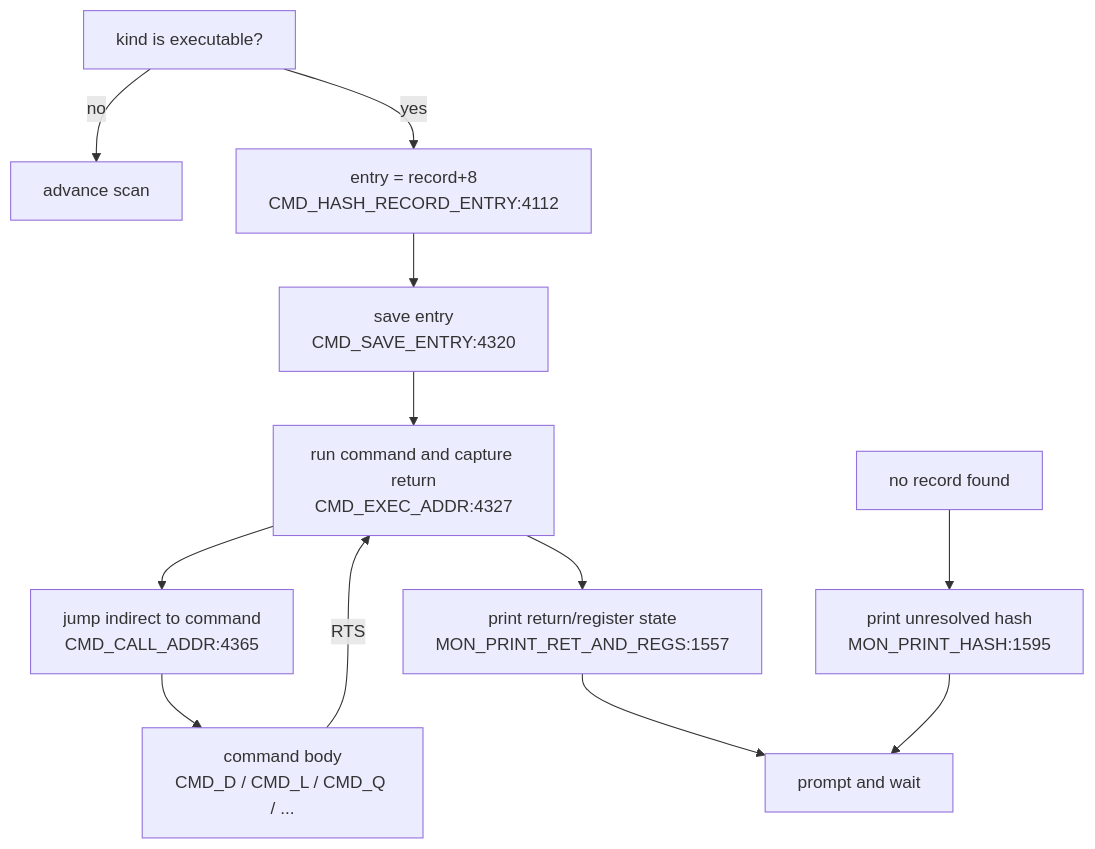
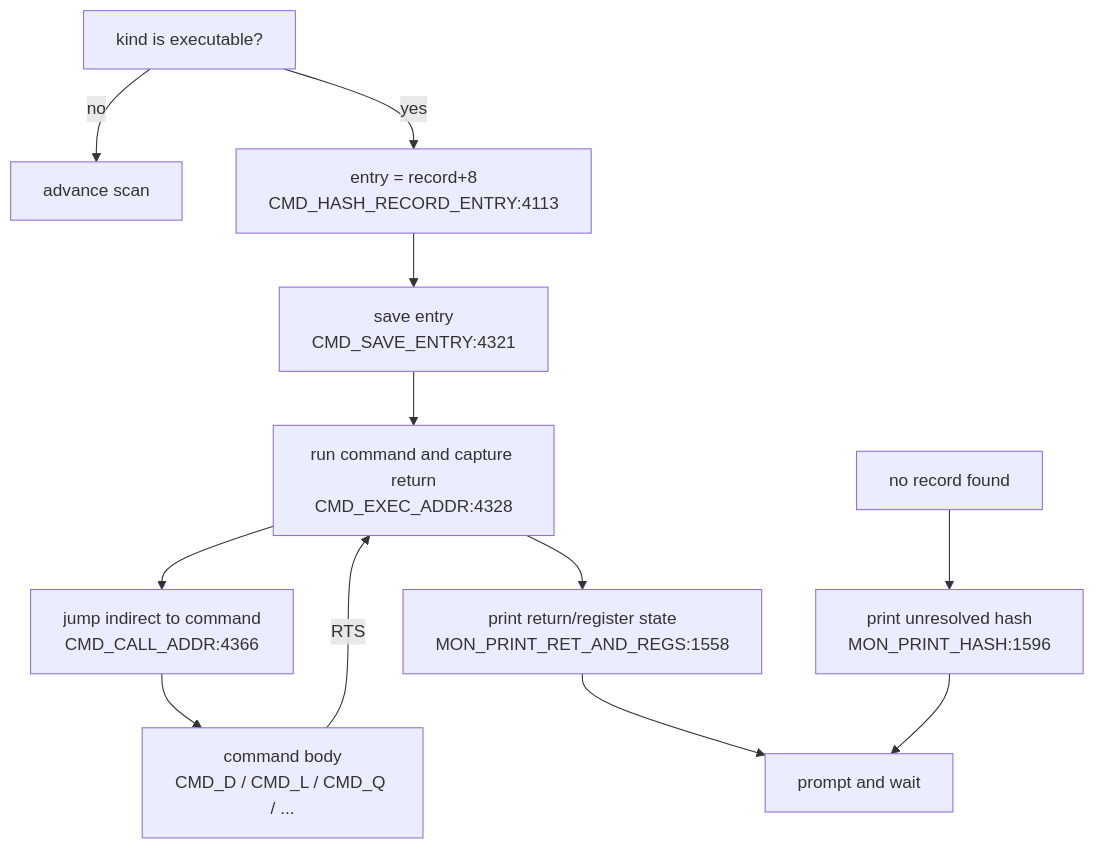
Before and after one commit to 95westus/R-YORS: the fourth of 4 diagrams in DOC/GENERATED/CMD_FLOW_MAP.md, drawn with Mermaid. The commit also changed other lines of this file and 58 other files, not shown here.

````diff
--- a/DOC/GENERATED/CMD_FLOW_MAP.md
+++ b/DOC/GENERATED/CMD_FLOW_MAP.md
@@ -58,14 +58,14 @@
 ```mermaid
 flowchart TD
     EXECOK["kind is executable?"] -->|no| ADV["advance scan"]
-    EXECOK -->|yes| ENTRY["entry = record+8<br/>CMD_HASH_RECORD_ENTRY:4112"]
-    ENTRY --> SAVEENTRY["save entry<br/>CMD_SAVE_ENTRY:4320"]
-    SAVEENTRY --> RUN["run command and capture return<br/>CMD_EXEC_ADDR:4327"]
-    RUN --> CALL["jump indirect to command<br/>CMD_CALL_ADDR:4365"]
+    EXECOK -->|yes| ENTRY["entry = record+8<br/>CMD_HASH_RECORD_ENTRY:4113"]
+    ENTRY --> SAVEENTRY["save entry<br/>CMD_SAVE_ENTRY:4321"]
+    SAVEENTRY --> RUN["run command and capture return<br/>CMD_EXEC_ADDR:4328"]
+    RUN --> CALL["jump indirect to command<br/>CMD_CALL_ADDR:4366"]
     CALL --> BODY["command body<br/>CMD_D / CMD_L / CMD_Q / ..."]
     BODY -->|RTS| RUN
-    RUN --> RETPRINT["print return/register state<br/>MON_PRINT_RET_AND_REGS:1557"]
+    RUN --> RETPRINT["print return/register state<br/>MON_PRINT_RET_AND_REGS:1558"]
     RETPRINT --> LOOP["prompt and wait"]
-    MISS["no record found"] --> PRHASH["print unresolved hash<br/>MON_PRINT_HASH:1595"]
+    MISS["no record found"] --> PRHASH["print unresolved hash<br/>MON_PRINT_HASH:1596"]
     PRHASH --> LOOP
 ```
````
